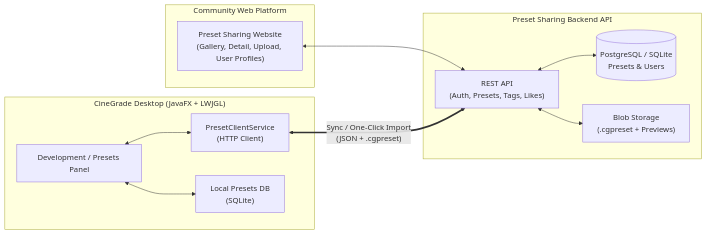
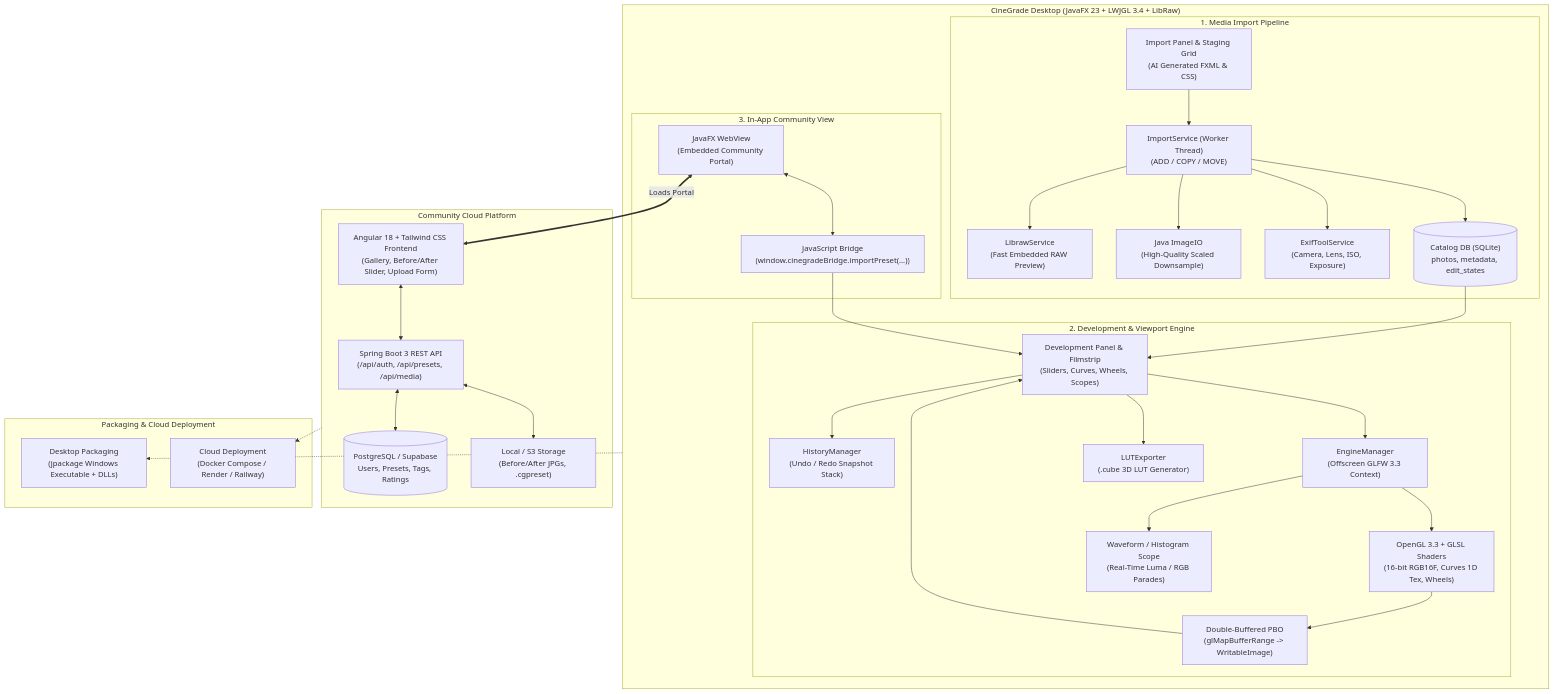
The first of 2 diagrams in PLAN.md (Hogyi1/CineGrade), drawn with Mermaid before and after one commit. The commit also changed other lines of this file and 45 other files, not shown here.

Commit message:
Add performance tier management and enhance import functionality; implement PerformanceTier enum, update ImportManager and CatalogManager for improved resource handling and directory management

````diff
--- a/PLAN.md
+++ b/PLAN.md
@@ -12,25 +14,57 @@
 ```mermaid
-flowchart LR
-    subgraph DesktopApp["CineGrade Desktop (JavaFX + LWJGL)"]
-        UI["Development / Presets Panel"]
-        PC["PresetClientService\n(HTTP Client)"]
-        PL["Local Presets DB\n(SQLite)"]
-        UI <--> PL
-        UI <--> PC
+flowchart TD
+    subgraph DesktopApp["CineGrade Desktop (JavaFX 23 + LWJGL 3.4 + LibRaw)"]
+        subgraph ImportPipeline["1. Media Import Pipeline"]
+            IP_UI["Import Panel & Staging Grid\n(AI Generated FXML & CSS)"]
+            IP_SRV["ImportService (Worker Thread)\n(ADD / COPY / MOVE)"]
+            THUMB_RAW["LibrawService\n(Fast Embedded RAW Preview)"]
+            THUMB_JPG["Java ImageIO\n(High-Quality Scaled Downsample)"]
+            EXIF_EXT["ExifToolService\n(Camera, Lens, ISO, Exposure)"]
+            SQL_CAT[("Catalog DB (SQLite)\nphotos, metadata, edit_states")]
+        end
+
+        subgraph DevPipeline["2. Development & Viewport Engine"]
+            DEV_UI["Development Panel & Filmstrip\n(Sliders, Curves, Wheels, Scopes)"]
+            HIST_MGR["HistoryManager\n(Undo / Redo Snapshot Stack)"]
+            ENG_MGR["EngineManager\n(Offscreen GLFW 3.3 Context)"]
+            GPU_GL["OpenGL 3.3 + GLSL Shaders\n(16-bit RGB16F, Curves 1D Tex, Wheels)"]
+            PBO_BUF["Double-Buffered PBO\n(glMapBufferRange -> WritableImage)"]
+            WAVE_GEN["Waveform / Histogram Scope\n(Real-Time Luma / RGB Parades)"]
+            LUT_GEN["LUTExporter\n(.cube 3D LUT Generator)"]
+        end
+
+        subgraph InAppWeb["3. In-App Community View"]
+            WV["JavaFX WebView\n(Embedded Community Portal)"]
+            JS_BRIDGE["JavaScript Bridge\n(window.cinegradeBridge.importPreset(...))"]
+        end
     end
 
-    subgraph CloudBackend["Preset Sharing Backend API"]
-        API["REST API\n(Auth, Presets, Tags, Likes)"]
-        DB[("PostgreSQL / SQLite\nPresets & Users")]
-        S3["Blob Storage\n(.cgpreset + Previews)"]
-        API <--> DB
-        API <--> S3
+    subgraph CloudEcosystem["Community Cloud Platform"]
+        SB_API["Spring Boot 3 REST API\n(/api/auth, /api/presets, /api/media)"]
+        CLOUD_DB[("PostgreSQL / Supabase\nUsers, Presets, Tags, Ratings")]
+        STORAGE["Local / S3 Storage\n(Before/After JPGs, .cgpreset)"]
+        ANGULAR_APP["Angular 18 + Tailwind CSS Frontend\n(Gallery, Before/After Slider, Upload Form)"]
     end
 
-    subgraph WebFrontend["Community Web Platform"]
-        WEB["Preset Sharing Website\n(Gallery, Detail, Upload, User Profiles)"]
-        WEB <--> API
+    subgraph PackagingDeploy["Packaging & Cloud Deployment"]
+        PKG_DESK["Desktop Packaging\n(jpackage Windows Executable + DLLs)"]
+        DOCKER["Cloud Deployment\n(Docker Compose / Render / Railway)"]
     end
 
-    PC <==>|"Sync / One-Click Import\n(JSON + .cgpreset)"| API
+    %% Data flow connections
+    IP_UI --> IP_SRV
+    IP_SRV --> THUMB_RAW & THUMB_JPG & EXIF_EXT
+    IP_SRV --> SQL_CAT
+    SQL_CAT --> DEV_UI
+    DEV_UI --> ENG_MGR & HIST_MGR
+    ENG_MGR --> GPU_GL --> PBO_BUF --> DEV_UI
+    ENG_MGR --> WAVE_GEN
+    DEV_UI --> LUT_GEN
+    WV <--> JS_BRIDGE
+    JS_BRIDGE --> DEV_UI
+    WV <==>|"Loads Portal"| ANGULAR_APP
+    ANGULAR_APP <--> SB_API
+    SB_API <--> CLOUD_DB & STORAGE
+    DesktopApp -.-> PKG_DESK
+    CloudEcosystem -.-> DOCKER
 ```
````
